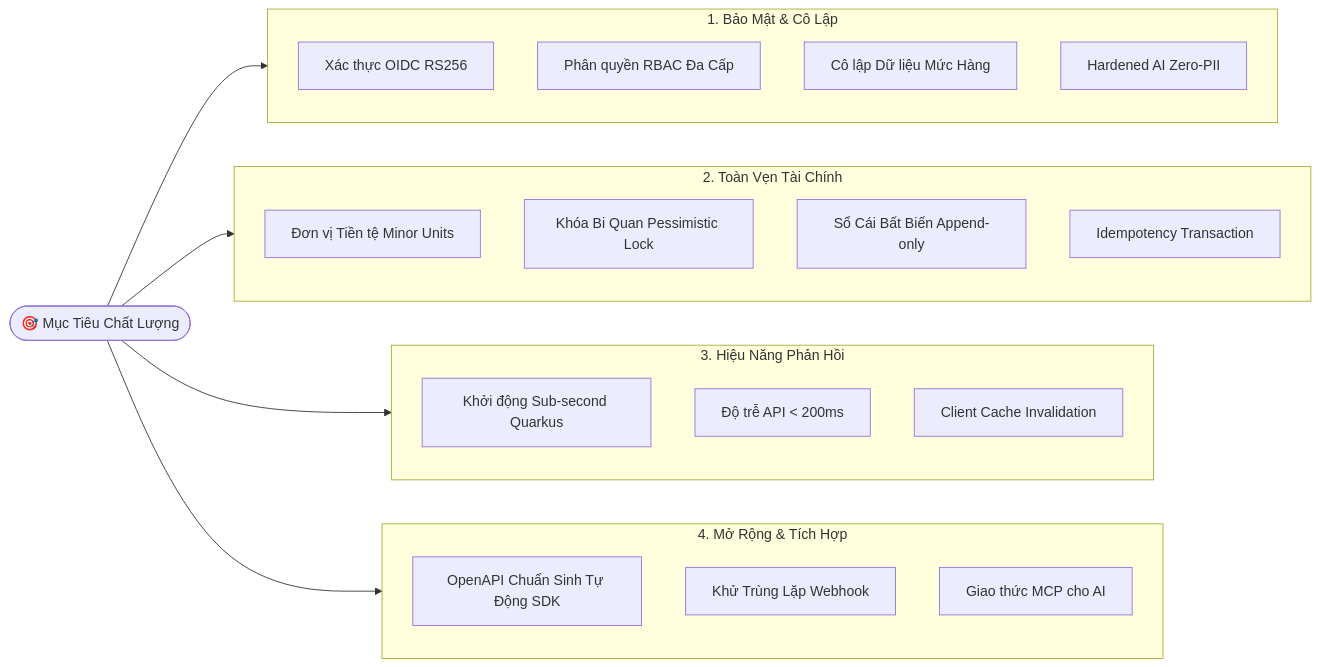
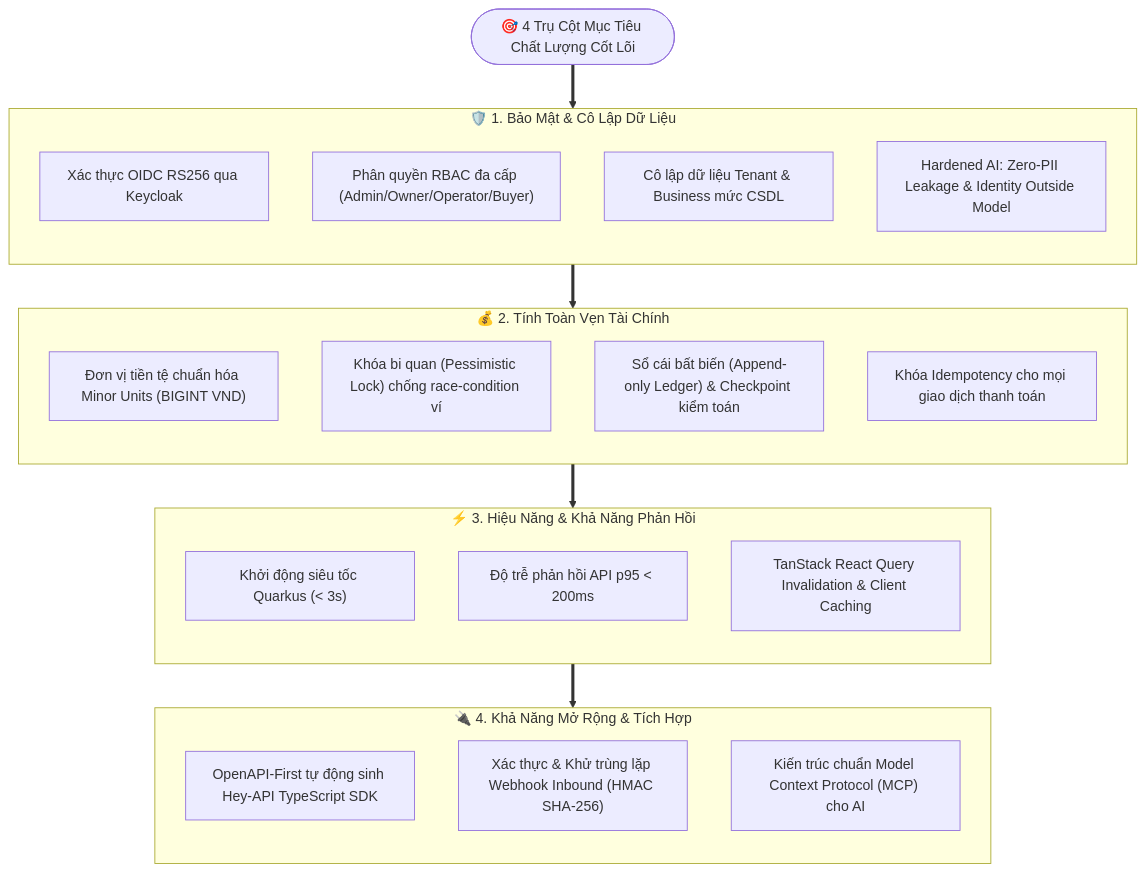
The second of 14 diagrams in docs/ARCHITECTURE_ARC42.md (nhimtjofc/v-erp-lite), drawn with Mermaid before and after one commit. The commit also changed other lines of this file, not shown here.

````diff
--- a/docs/ARCHITECTURE_ARC42.md
+++ b/docs/ARCHITECTURE_ARC42.md
@@ -78,35 +80,39 @@
 ```mermaid
-flowchart LR
-    Root(["🎯 Mục Tiêu Chất Lượng"])
+flowchart TB
+    Root(["🎯 4 Trụ Cột Mục Tiêu Chất Lượng Cốt Lõi"])
 
-    subgraph Q1 ["1. Bảo Mật & Cô Lập"]
-        Q1A["Xác thực OIDC RS256"]
-        Q1B["Phân quyền RBAC Đa Cấp"]
-        Q1C["Cô lập Dữ liệu Mức Hàng"]
-        Q1D["Hardened AI Zero-PII"]
+    subgraph Q1 ["🛡️ 1. Bảo Mật & Cô Lập Dữ Liệu"]
+        direction TB
+        Q1A["Xác thực OIDC RS256 qua Keycloak"]
+        Q1B["Phân quyền RBAC đa cấp (Admin/Owner/Operator/Buyer)"]
+        Q1C["Cô lập dữ liệu Tenant & Business mức CSDL"]
+        Q1D["Hardened AI: Zero-PII Leakage & Identity Outside Model"]
     end
 
-    subgraph Q2 ["2. Toàn Vẹn Tài Chính"]
-        Q2A["Đơn vị Tiền tệ Minor Units"]
-        Q2B["Khóa Bi Quan Pessimistic Lock"]
-        Q2C["Sổ Cái Bất Biến Append-only"]
-        Q2D["Idempotency Transaction"]
+    subgraph Q2 ["💰 2. Tính Toàn Vẹn Tài Chính"]
+        direction TB
+        Q2A["Đơn vị tiền tệ chuẩn hóa Minor Units (BIGINT VND)"]
+        Q2B["Khóa bi quan (Pessimistic Lock) chống race-condition ví"]
+        Q2C["Sổ cái bất biến (Append-only Ledger) & Checkpoint kiểm toán"]
+        Q2D["Khóa Idempotency cho mọi giao dịch thanh toán"]
     end
 
-    subgraph Q3 ["3. Hiệu Năng Phản Hồi"]
-        Q3A["Khởi động Sub-second Quarkus"]
-        Q3B["Độ trễ API < 200ms"]
-        Q3C["Client Cache Invalidation"]
+    subgraph Q3 ["⚡ 3. Hiệu Năng & Khả Năng Phản Hồi"]
+        direction TB
+        Q3A["Khởi động siêu tốc Quarkus (< 3s)"]
+        Q3B["Độ trễ phản hồi API p95 < 200ms"]
+        Q3C["TanStack React Query Invalidation & Client Caching"]
     end
 
-    subgraph Q4 ["4. Mở Rộng & Tích Hợp"]
-        Q4A["OpenAPI Chuẩn Sinh Tự Động SDK"]
-        Q4B["Khử Trùng Lặp Webhook"]
-        Q4C["Giao thức MCP cho AI"]
+    subgraph Q4 ["🔌 4. Khả Năng Mở Rộng & Tích Hợp"]
+        direction TB
+        Q4A["OpenAPI-First tự động sinh Hey-API TypeScript SDK"]
+        Q4B["Xác thực & Khử trùng lặp Webhook Inbound (HMAC SHA-256)"]
+        Q4C["Kiến trúc chuẩn Model Context Protocol (MCP) cho AI"]
     end
 
-    Root --> Q1
-    Root --> Q2
-    Root --> Q3
-    Root --> Q4
+    Root ==> Q1
+    Q1 ==> Q2
+    Q2 ==> Q3
+    Q3 ==> Q4
 ```
````
